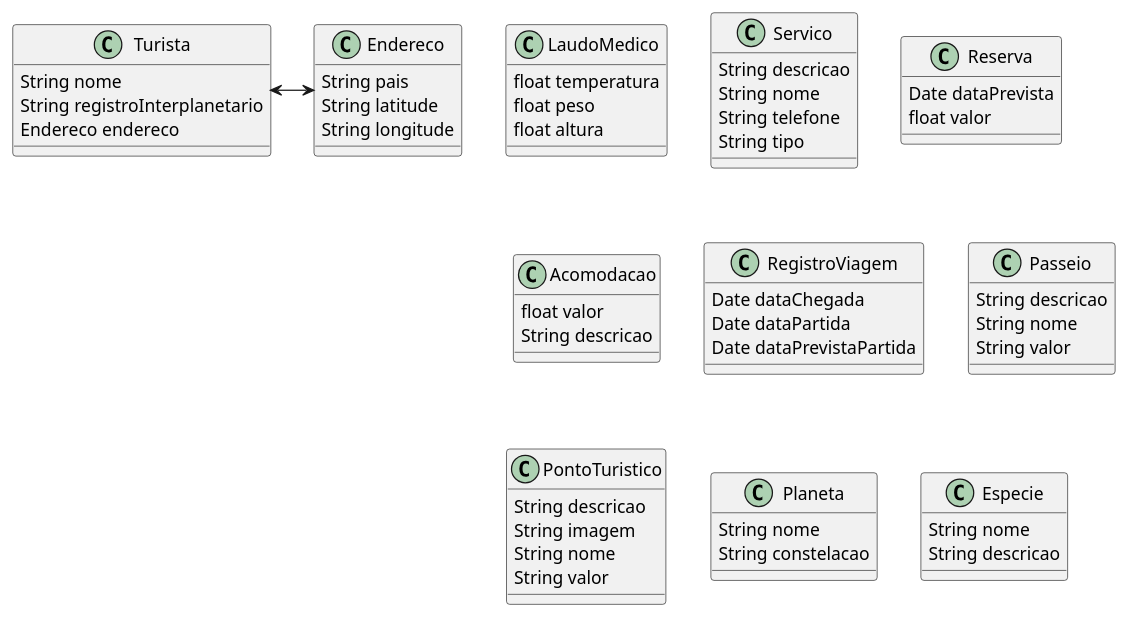
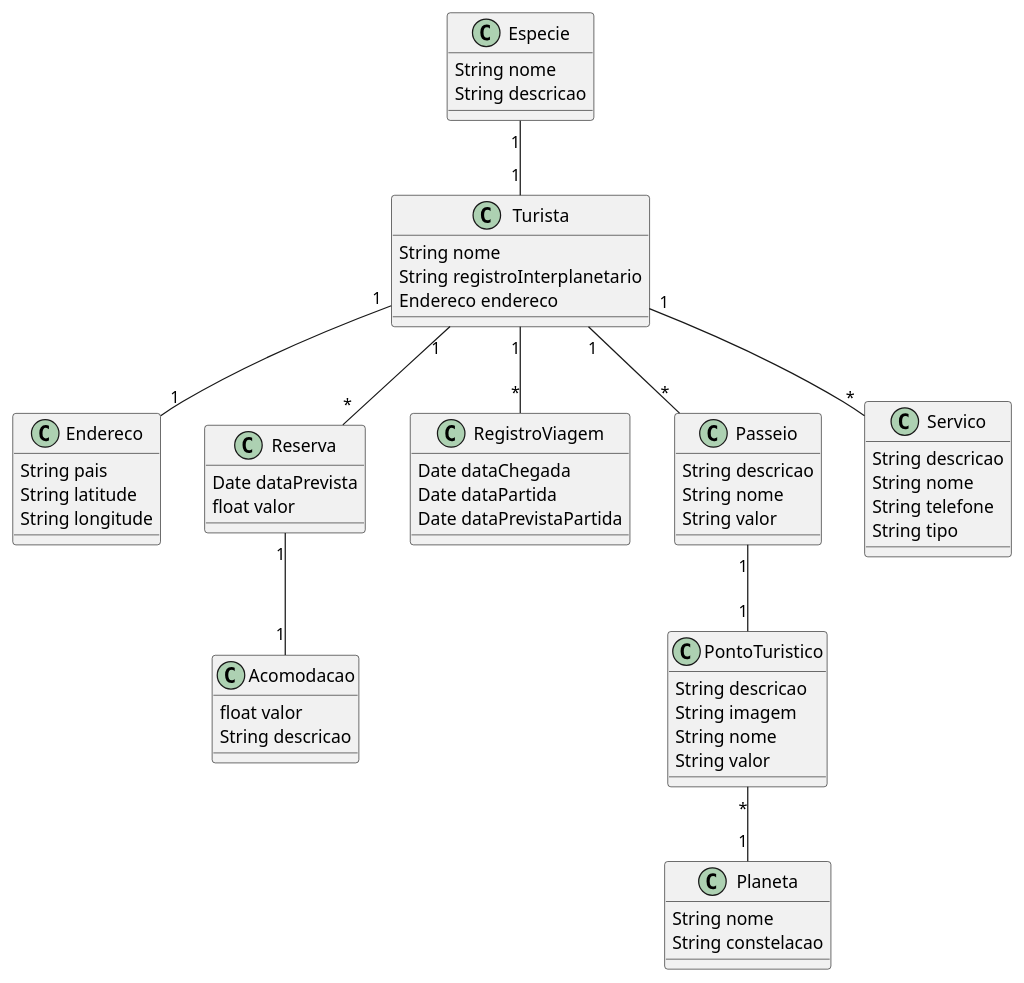
Before and after one commit to Rakoski/ifpr_poo_uml: the diagram in src/main/java/org/example/Alienigenas.puml, drawn with PlantUML.

Commit message:
gerenciamento de Academia uml

```diff
--- a/src/main/java/org/example/Alienigenas.puml
+++ b/src/main/java/org/example/Alienigenas.puml
@@ -1,68 +1,70 @@
 @startuml
-    class LaudoMedico{
-        float temperatura
-        float peso
-        float altura
-    }
 
-    class Servico {
-        String descricao
-        String nome
-        String telefone
-        String tipo
-    }
+Turista "1" -- "1" Endereco
+Especie "1" -- "1" Turista
+Turista "1" -- "*" Reserva
+Turista "1" -- "*" RegistroViagem
+Reserva "1" -- "1" Acomodacao
+Turista "1" -- "*" Passeio
+Passeio "1" -- "1" PontoTuristico
+PontoTuristico "*" -- "1" Planeta
+Turista "1" -- "*" Servico
 
-    class Reserva {
-        Date dataPrevista
-        float valor
-    }
+class Servico {
+    String descricao
+    String nome
+    String telefone
+    String tipo
+}
 
-    class Acomodacao {
-        float valor
-        String descricao
-    }
+class Reserva {
+    Date dataPrevista
+    float valor
+}
 
-    class RegistroViagem {
-        Date dataChegada
-        Date dataPartida
-        Date dataPrevistaPartida
-    }
+class Acomodacao {
+    float valor
+    String descricao
+}
 
-    class Passeio {
-        String descricao
-        String nome
-        String valor
-    }
+class RegistroViagem {
+    Date dataChegada
+    Date dataPartida
+    Date dataPrevistaPartida
+}
 
-    class Endereco{
-        String pais
-        String latitude
-        String longitude
-    }
+class Passeio {
+    String descricao
+    String nome
+    String valor
+}
 
-    class PontoTuristico{
-        String descricao
-        String imagem
-        String nome
-        String valor
-    }
+class Endereco {
+    String pais
+    String latitude
+    String longitude
+}
 
-    class Planeta{
-        String nome
-        String constelacao
-    }
+class PontoTuristico {
+    String descricao
+    String imagem
+    String nome
+    String valor
+}
 
-    class Especie{
-        String nome
-        String descricao
-    }
+class Planeta {
+    String nome
+    String constelacao
+}
 
-    class Turista{
-        String nome
-        String registroInterplanetario
-        Endereco endereco
-    }
+class Especie {
+    String nome
+    String descricao
+}
 
-    Turista <-> Endereco
-
+class Turista {
+    String nome
+    String registroInterplanetario
+    Endereco endereco
+}
 @enduml
```
